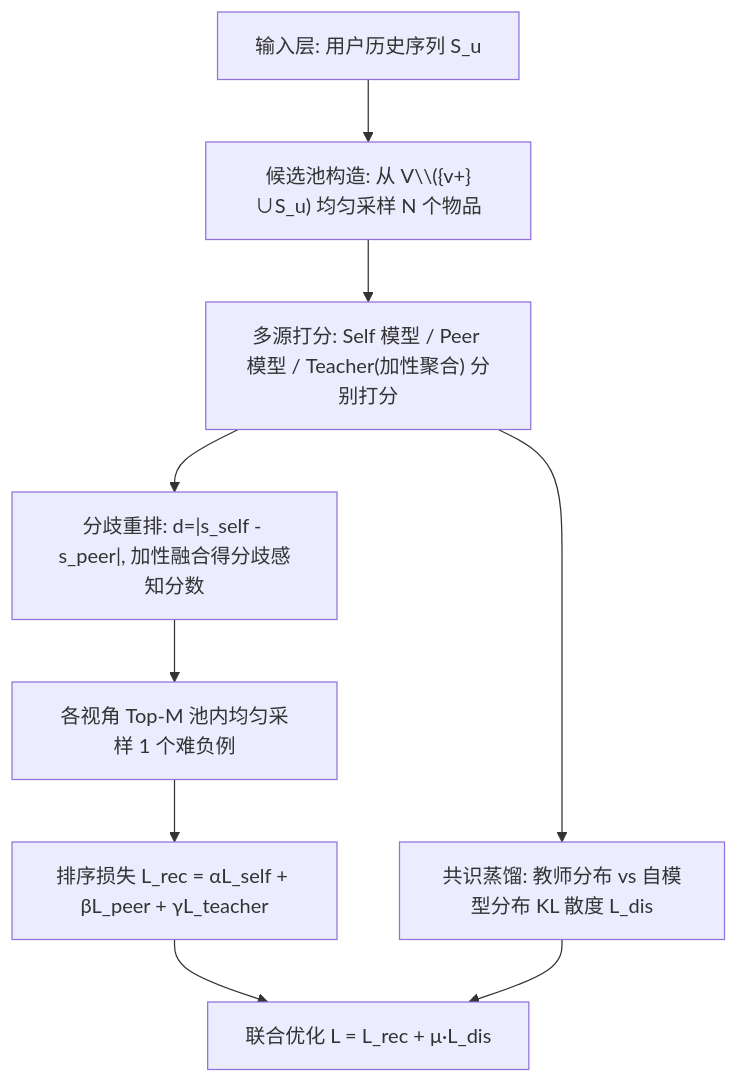
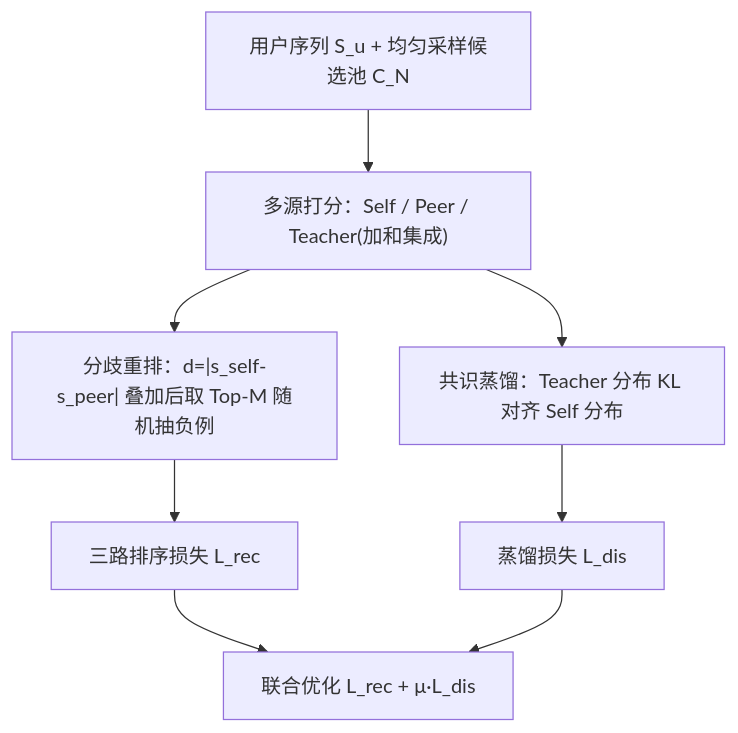
The diagram in docs/venues/SIGIR/2026/sequential_rec/divergence_meets_consensus_a_multi_source_negative_sampling_framework_for_s.md (jbdcia321vw/Paper-Notes), drawn with Mermaid before and after one commit. The commit also changed other lines of this file and 1119 other files, not shown here.

````diff
--- a/docs/venues/SIGIR/2026/sequential_rec/divergence_meets_consensus_a_multi_source_negative_sampling_framework_for_s.md
+++ b/docs/venues/SIGIR/2026/sequential_rec/divergence_meets_consensus_a_multi_source_negative_sampling_framework_for_s.md
@@ -60,11 +47,10 @@
 ```mermaid
 flowchart TD
-    A["输入层: 用户历史序列 S_u"] --> B["候选池构造: 从 V\\({v+}∪S_u) 均匀采样 N 个物品"]
-    B --> C["多源打分: Self 模型 / Peer 模型 / Teacher(加性聚合) 分别打分"]
-    C --> D["分歧重排: d=|s_self - s_peer|, 加性融合得分歧感知分数"]
-    D --> E["各视角 Top-M 池内均匀采样 1 个难负例"]
-    E --> F["排序损失 L_rec = αL_self + βL_peer + γL_teacher"]
-    C --> G["共识蒸馏: 教师分布 vs 自模型分布 KL 散度 L_dis"]
-    F --> H["联合优化 L = L_rec + μ·L_dis"]
-    G --> H
+    A["用户序列 S_u + 均匀采样候选池 C_N"] --> B["多源打分：Self / Peer / Teacher(加和集成)"]
+    B --> C["分歧重排：d=|s_self-s_peer| 叠加后取 Top-M 随机抽负例"]
+    B --> D["共识蒸馏：Teacher 分布 KL 对齐 Self 分布"]
+    C --> E["三路排序损失 L_rec"]
+    D --> F["蒸馏损失 L_dis"]
+    E --> G["联合优化 L_rec + μ·L_dis"]
+    F --> G
 ```
````
